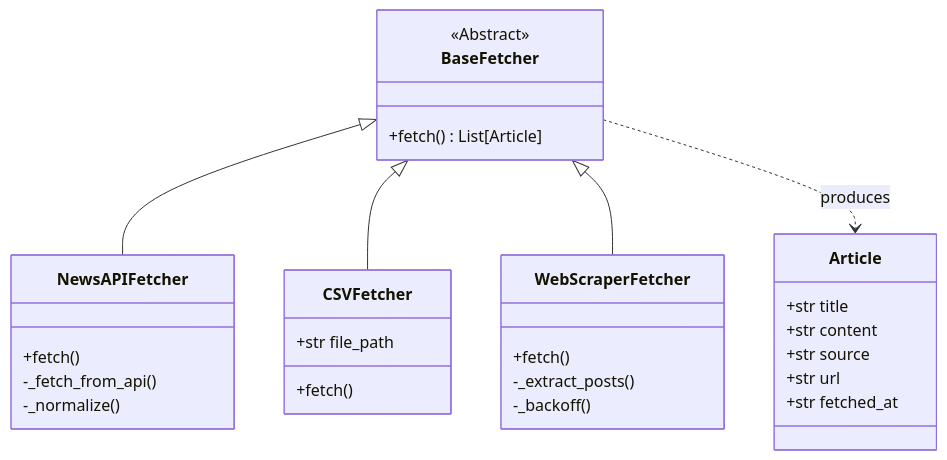
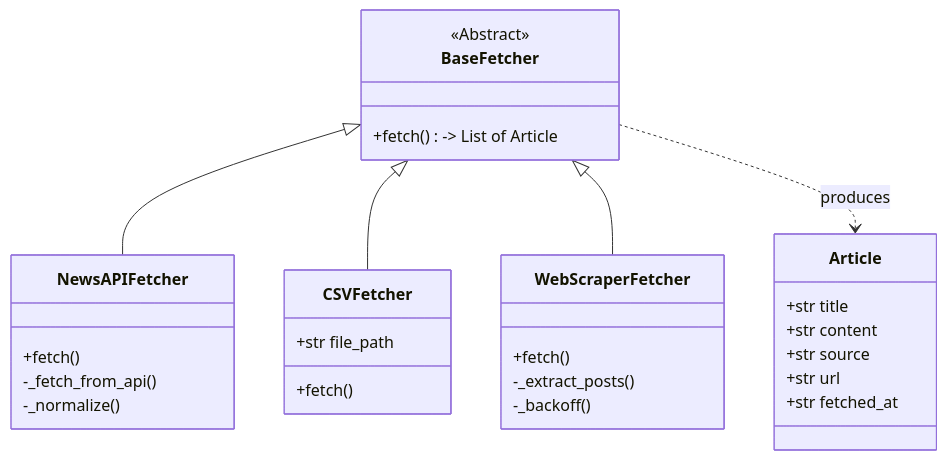
The second of 2 diagrams in DESIGN.md (ayushpal1849/multi-source-ingestion), drawn with Mermaid before and after one commit. The commit also changed other lines of this file, not shown here.

````diff
--- a/DESIGN.md
+++ b/DESIGN.md
@@ -51,37 +51,37 @@
 ```mermaid
 classDiagram
     class BaseFetcher {
         <<Abstract>>
-        +fetch() List[Article]
+        +fetch() -> List of Article
     }
 
     class Article {
         +str title
         +str content
         +str source
         +str url
         +str fetched_at
     }
 
     class NewsAPIFetcher {
         +fetch()
         -_fetch_from_api()
         -_normalize()
     }
 
     class CSVFetcher {
         +fetch()
         +str file_path
     }
 
     class WebScraperFetcher {
         +fetch()
         -_extract_posts()
         -_backoff()
     }
 
     BaseFetcher <|-- NewsAPIFetcher
     BaseFetcher <|-- CSVFetcher
     BaseFetcher <|-- WebScraperFetcher
     BaseFetcher ..> Article : produces
 ```
````
